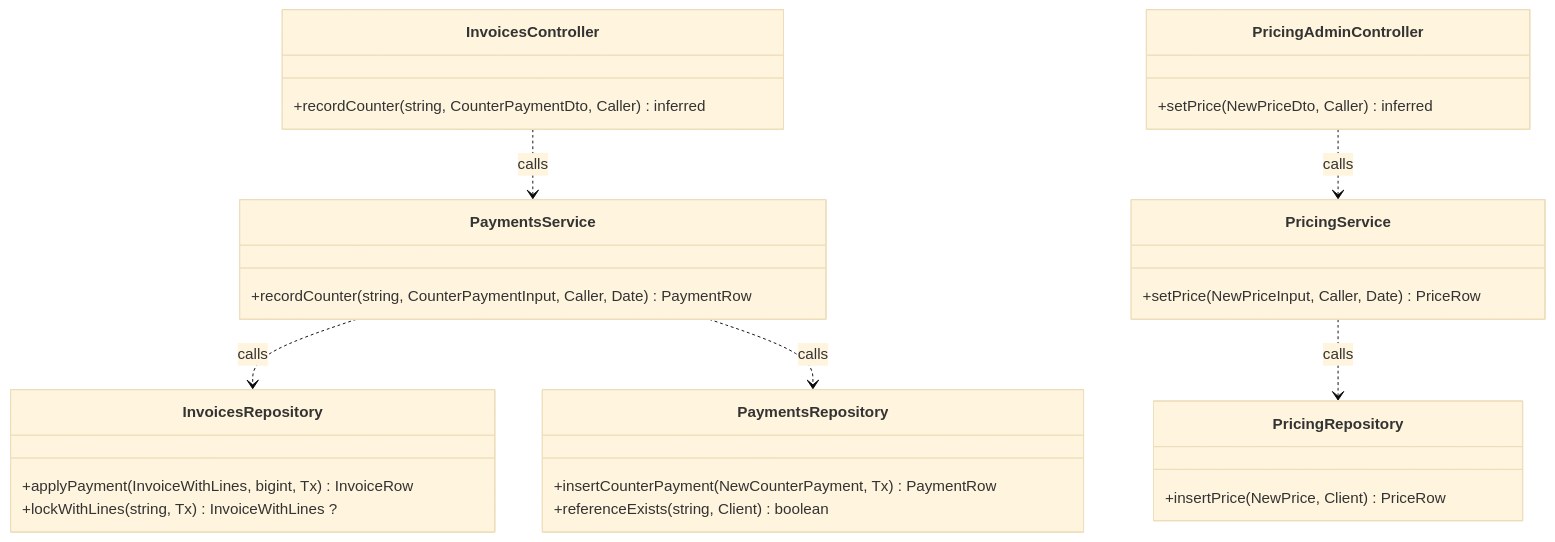
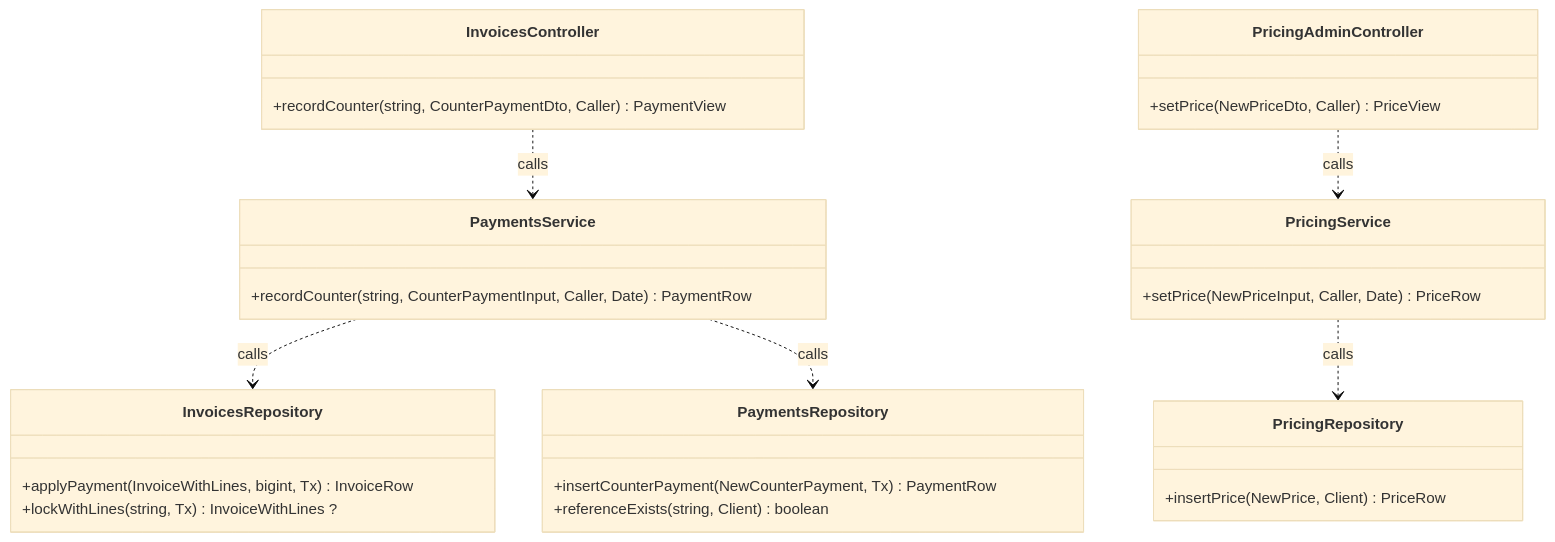
Before and after one commit to TrekLink-Team/treklink-web: the third of 17 diagrams in specs/billing/design.md, drawn with Mermaid (base theme). The commit also changed other lines of this file and 2 other files, not shown here.

````diff
--- a/specs/billing/design.md
+++ b/specs/billing/design.md
@@ -187,32 +187,32 @@
 ```mermaid
 classDiagram
     direction TB
     class InvoicesController {
-        +recordCounter(string, CounterPaymentDto, Caller) inferred
+        +recordCounter(string, CounterPaymentDto, Caller) PaymentView
     }
     class PaymentsService {
         +recordCounter(string, CounterPaymentInput, Caller, Date) PaymentRow
     }
     class InvoicesRepository {
         +applyPayment(InvoiceWithLines, bigint, Tx) InvoiceRow
         +lockWithLines(string, Tx) InvoiceWithLines ?
     }
     class PaymentsRepository {
         +insertCounterPayment(NewCounterPayment, Tx) PaymentRow
         +referenceExists(string, Client) boolean
     }
     class PricingAdminController {
-        +setPrice(NewPriceDto, Caller) inferred
+        +setPrice(NewPriceDto, Caller) PriceView
     }
     class PricingService {
         +setPrice(NewPriceInput, Caller, Date) PriceRow
     }
     class PricingRepository {
         +insertPrice(NewPrice, Client) PriceRow
     }
     InvoicesController ..> PaymentsService : calls
     PaymentsService ..> InvoicesRepository : calls
     PaymentsService ..> PaymentsRepository : calls
     PricingAdminController ..> PricingService : calls
     PricingService ..> PricingRepository : calls
 ```
````
